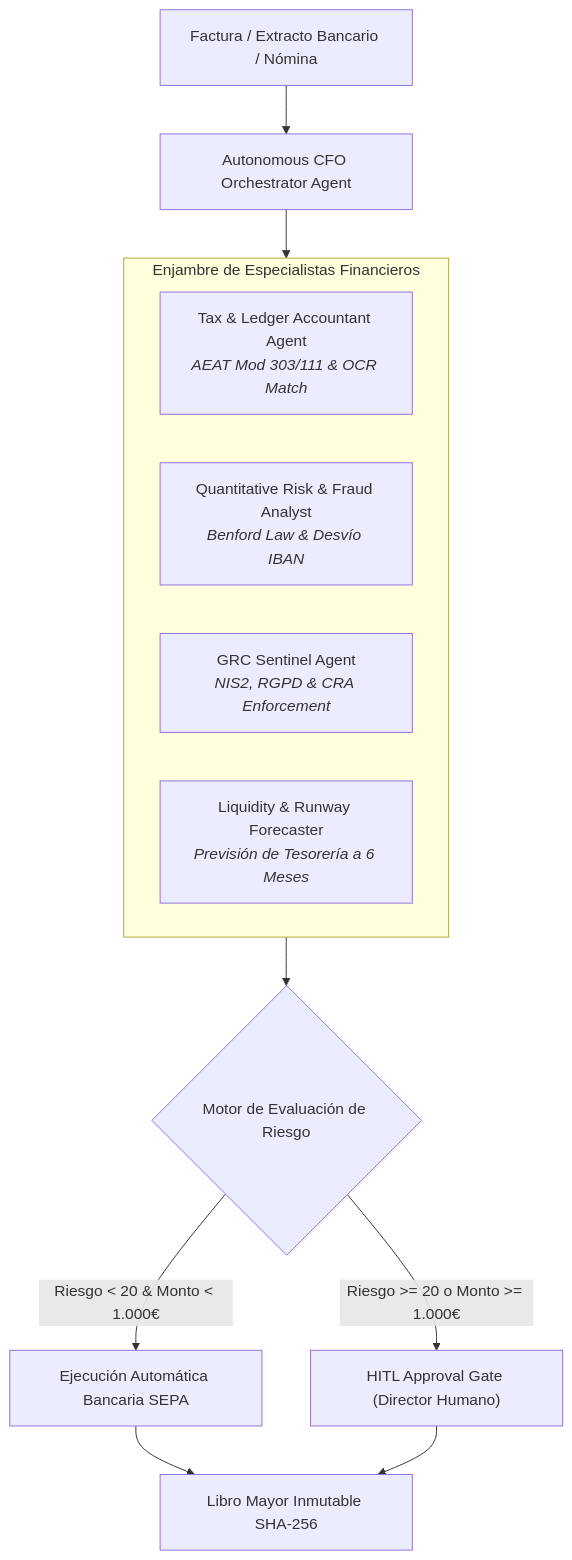
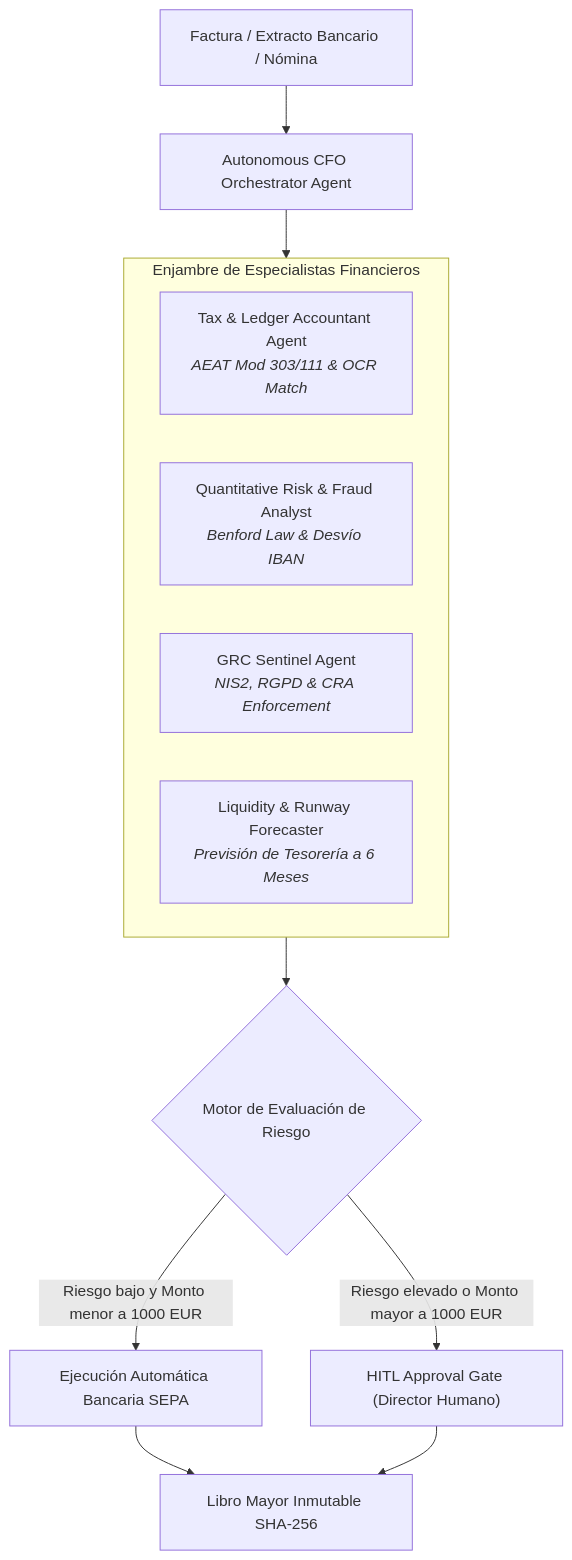
One commit to Tardigrado-76/Capgemini changed the diagram in CFO Director Financiero Autónomo para PYMEs PoC Purgatory/AGENTS.md. Above: the diagram before and after it, drawn with Mermaid. The commit also changed 11 other files, not shown here.

Commit message:
fix(docs): sanitize Mermaid diagram edge labels across all projects to ensure 100% GitHub rendering

````diff
--- a/CFO Director Financiero Autónomo para PYMEs PoC Purgatory/AGENTS.md
+++ b/CFO Director Financiero Autónomo para PYMEs PoC Purgatory/AGENTS.md
@@ -11,20 +11,20 @@
 ```mermaid
 graph TD
     Invoice["Factura / Extracto Bancario / Nómina"] --> Orchestrator["Autonomous CFO Orchestrator Agent"]
     
     subgraph TreasurySwarm ["Enjambre de Especialistas Financieros"]
         Tax["Tax & Ledger Accountant Agent<br/><i>AEAT Mod 303/111 & OCR Match</i>"]
         Fraud["Quantitative Risk & Fraud Analyst<br/><i>Benford Law & Desvío IBAN</i>"]
         GRC["GRC Sentinel Agent<br/><i>NIS2, RGPD & CRA Enforcement</i>"]
         Runway["Liquidity & Runway Forecaster<br/><i>Previsión de Tesorería a 6 Meses</i>"]
     end
 
     Orchestrator --> TreasurySwarm
     TreasurySwarm --> EvaluationEngine{"Motor de Evaluación de Riesgo"}
     
-    EvaluationEngine -->|Riesgo < 20 & Monto < 1.000€| AutoExec["Ejecución Automática Bancaria SEPA"]
-    EvaluationEngine -->|Riesgo >= 20 o Monto >= 1.000€| HITL["HITL Approval Gate (Director Humano)"]
+    EvaluationEngine -->|Riesgo bajo y Monto menor a 1000 EUR| AutoExec["Ejecución Automática Bancaria SEPA"]
+    EvaluationEngine -->|Riesgo elevado o Monto mayor a 1000 EUR| HITL["HITL Approval Gate (Director Humano)"]
     
     AutoExec --> Ledger["Libro Mayor Inmutable SHA-256"]
     HITL --> Ledger
 ```
````
